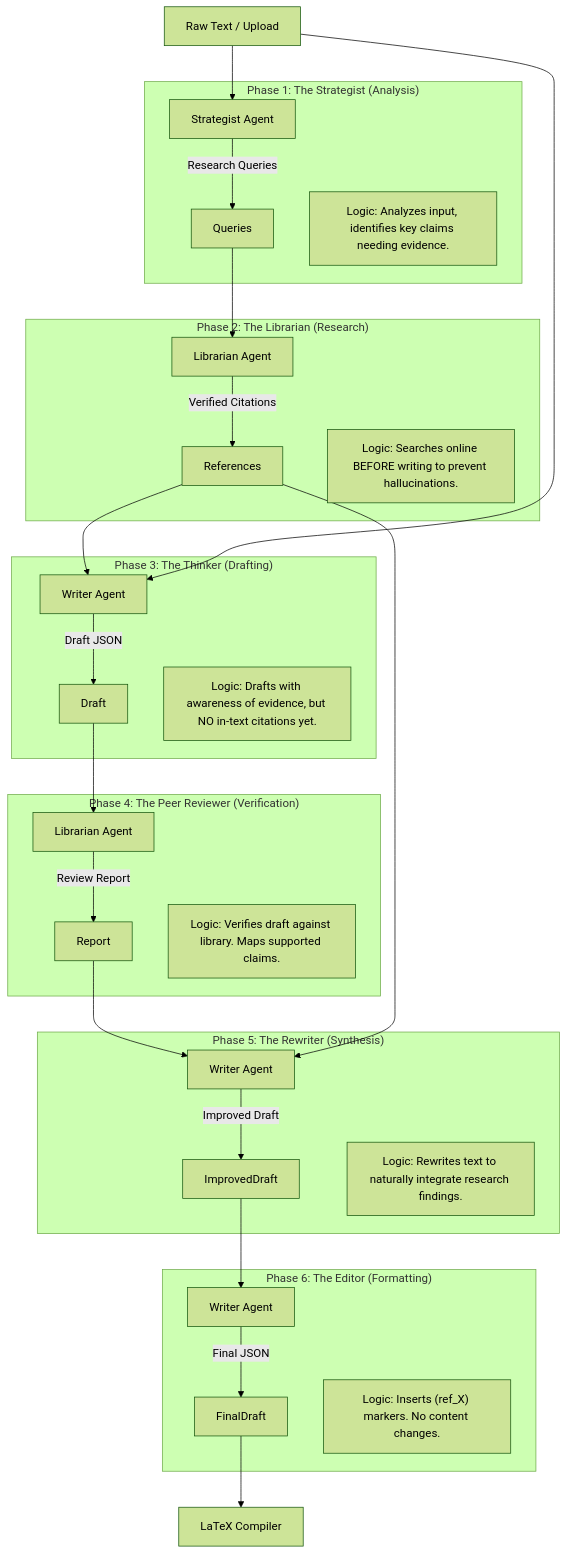
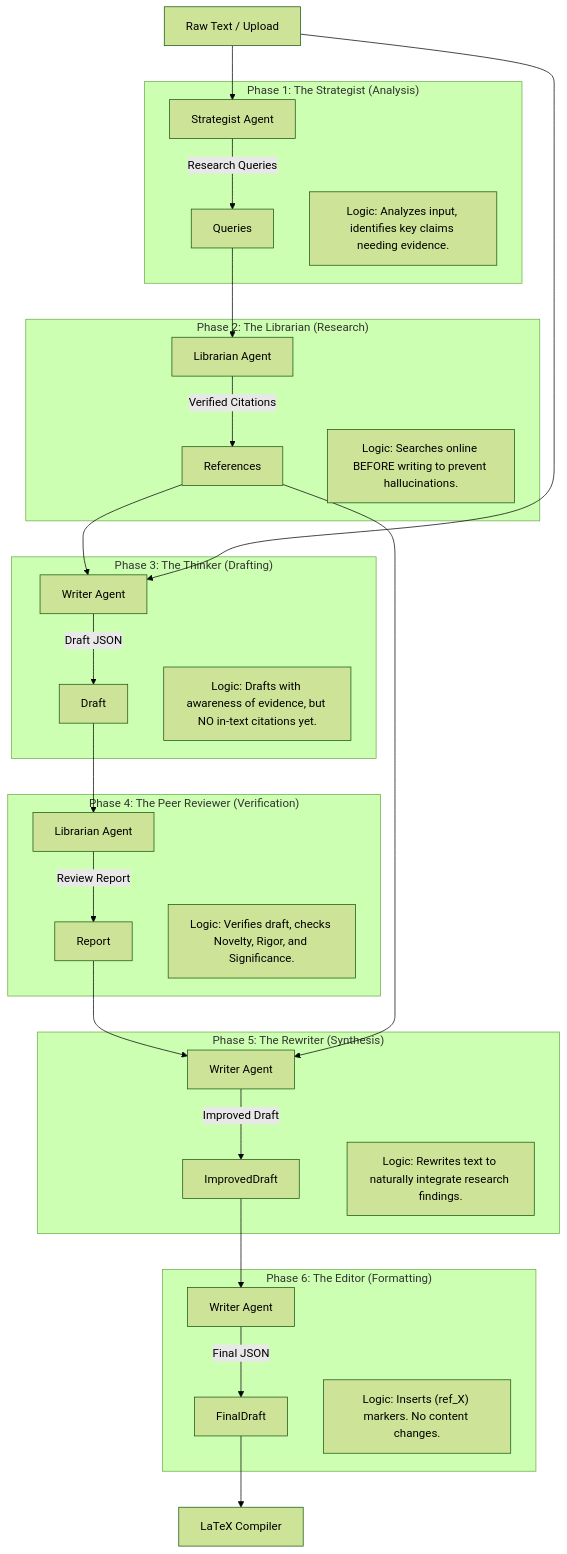
One commit to keithligh/Auto-Academic-Paper-RC1 changed the diagram in CONTENT_GENERATION_PIPELINE.md. Above: the diagram before and after it, drawn with Mermaid (forest theme). The commit also changed other lines of this file and 16 other files, not shown here.

````diff
--- a/CONTENT_GENERATION_PIPELINE.md
+++ b/CONTENT_GENERATION_PIPELINE.md
@@ -11,48 +11,48 @@
 ```mermaid
 graph TD
     Input["Raw Text / Upload"] --> Phase1
     
     subgraph "Phase 1: The Strategist (Analysis)"
         Phase1["Strategist Agent"] -->|Research Queries| Queries
         Note1["Logic: Analyzes input, identifies key claims needing evidence."]
     end
     
     Queries --> Phase2
     
     subgraph "Phase 2: The Librarian (Research)"
         Phase2["Librarian Agent"] -->|Verified Citations| References
         Note2["Logic: Searches online BEFORE writing to prevent hallucinations."]
     end
     
     References --> Phase3
     Input --> Phase3
     
     subgraph "Phase 3: The Thinker (Drafting)"
         Phase3["Writer Agent"] -->|Draft JSON| Draft
         Note3["Logic: Drafts with awareness of evidence, but NO in-text citations yet."]
     end
     
     Draft --> Phase4
     
     subgraph "Phase 4: The Peer Reviewer (Verification)"
         Phase4["Librarian Agent"] -->|Review Report| Report
-        Note4["Logic: Verifies draft against library. Maps supported claims."]
+        Note4["Logic: Verifies draft, checks Novelty, Rigor, and Significance."]
     end
     
     Report --> Phase5
     References --> Phase5
     
     subgraph "Phase 5: The Rewriter (Synthesis)"
         Phase5["Writer Agent"] -->|Improved Draft| ImprovedDraft
         Note5["Logic: Rewrites text to naturally integrate research findings."]
     end
     
     ImprovedDraft --> Phase6
     
     subgraph "Phase 6: The Editor (Formatting)"
         Phase6["Writer Agent"] -->|Final JSON| FinalDraft
         Note6["Logic: Inserts (ref_X) markers. No content changes."]
     end
     
     FinalDraft --> Output["LaTeX Compiler"]
 ```
````
